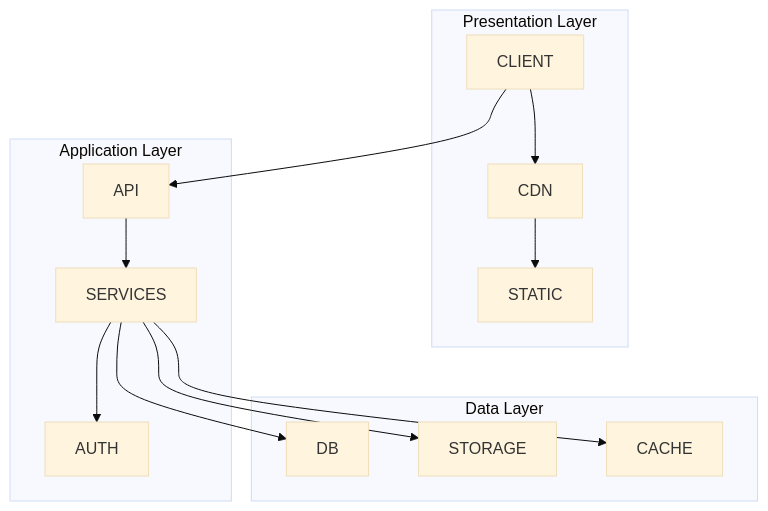
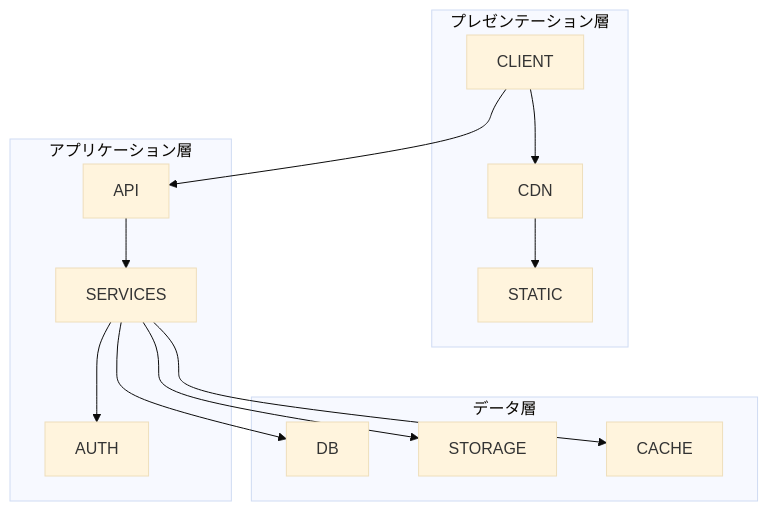
Before and after one commit to daktu32/ai-driven-dev-starter-kit: the first of 4 diagrams in docs/architecture/ARCHITECTURE.md, drawn with Mermaid (base theme). The commit also changed other lines of this file and 16 other files, not shown here.

````diff
--- a/docs/architecture/ARCHITECTURE.md
+++ b/docs/architecture/ARCHITECTURE.md
@@ -7,29 +7,29 @@
 ```mermaid
 graph TB
-    subgraph "Presentation Layer"
+    subgraph "プレゼンテーション層"
         CLIENT
         CDN
         STATIC
     end
     
-    subgraph "Application Layer"
+    subgraph "アプリケーション層"
         API
         SERVICES
         AUTH
     end
     
-    subgraph "Data Layer"
+    subgraph "データ層"
         DB
         STORAGE
         CACHE
     end
     
     CLIENT --> CDN
     CDN --> STATIC
     CLIENT --> API
     API --> SERVICES
     SERVICES --> AUTH
     SERVICES --> DB
     SERVICES --> STORAGE
     SERVICES --> CACHE
 ```
````
